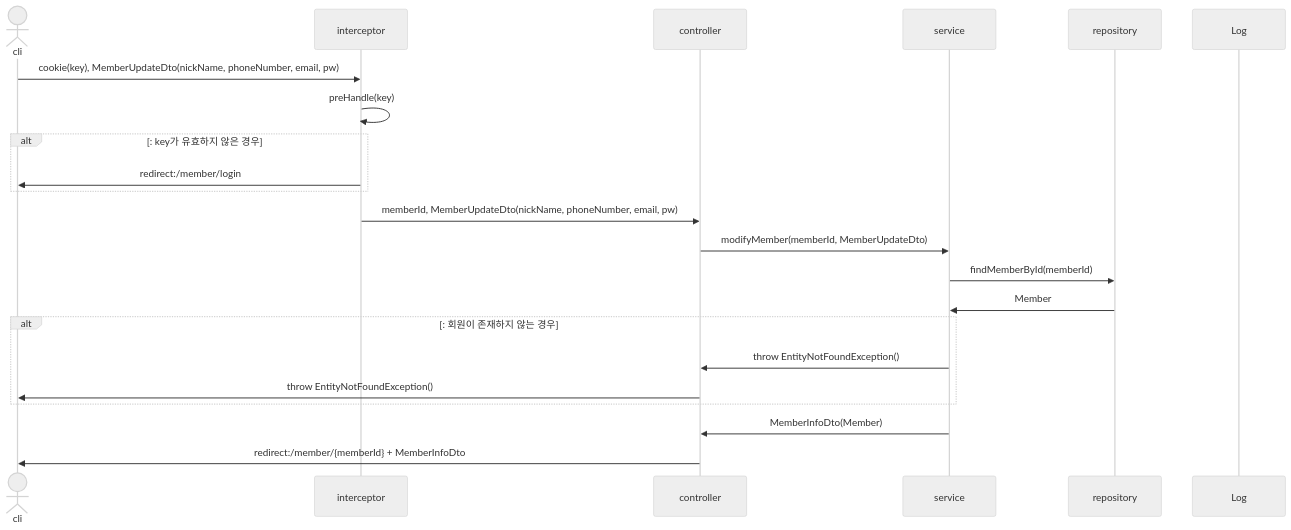
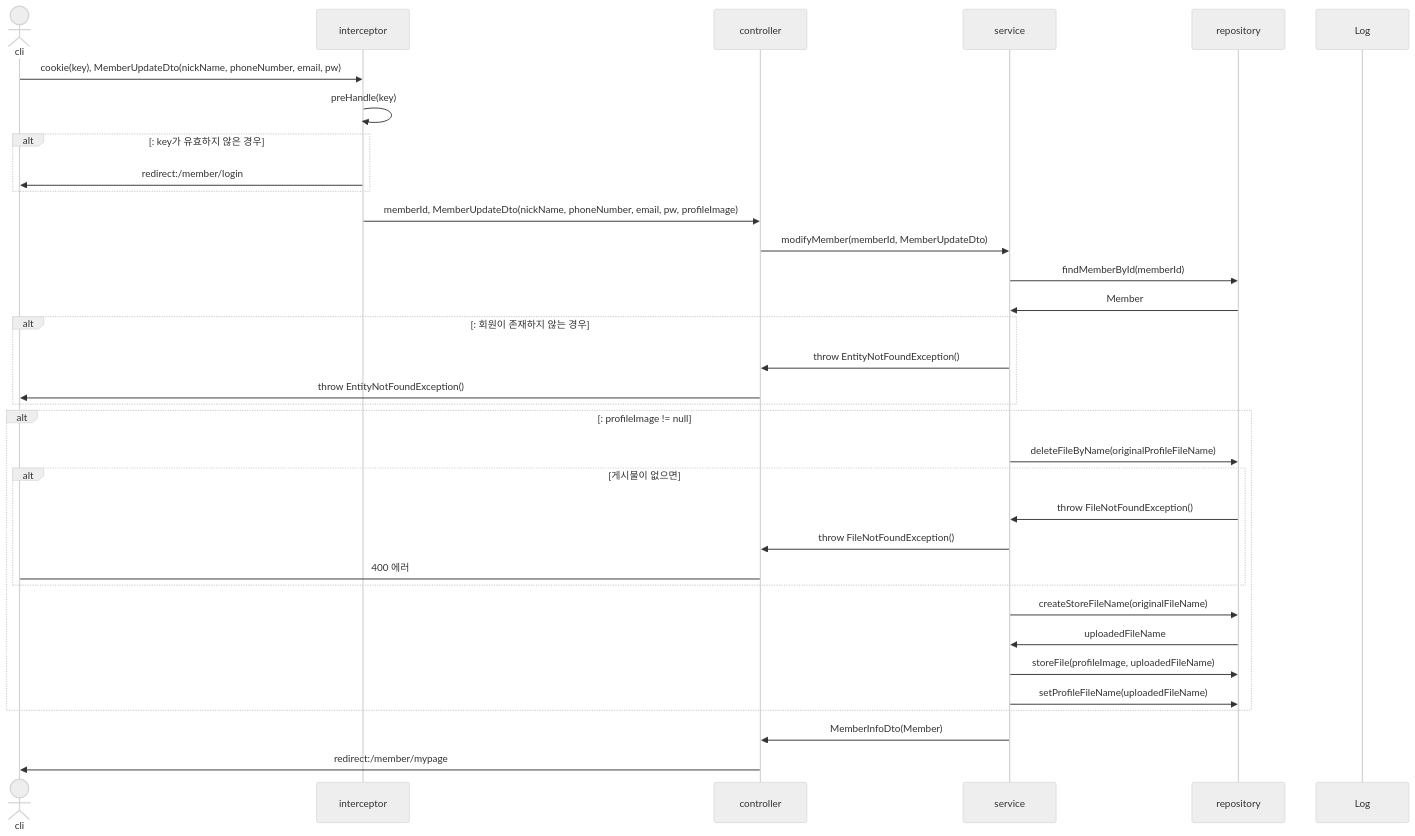
Diagram 14 of 36 in sequence.md (mtak0235/snsX), drawn with Mermaid (neutral theme) before and after one commit. The commit also changed 12 other files, not shown here.

````diff
--- a/sequence.md
+++ b/sequence.md
@@ -362,25 +362,37 @@
 ```mermaid
 sequenceDiagram
 actor cli
 participant i as interceptor
 participant c as controller
 participant s as service
 participant r as repository
 participant l as Log
 
 cli->>i: cookie(key), MemberUpdateDto(nickName, phoneNumber, email, pw)
 i->>i: preHandle(key)
 alt: key가 유효하지 않은 경우
 i->>cli: redirect:/member/login
 end
-i->>c: memberId, MemberUpdateDto(nickName, phoneNumber, email, pw)
+i->>c: memberId, MemberUpdateDto(nickName, phoneNumber, email, pw, profileImage)
 c->>s: modifyMember(memberId, MemberUpdateDto)
 s->>r: findMemberById(memberId)
 r->>s: Member
 alt: 회원이 존재하지 않는 경우
 s->>c: throw EntityNotFoundException()
 c->>cli: throw EntityNotFoundException()
 end
+alt: profileImage != null
+s->>r:deleteFileByName(originalProfileFileName)
+ alt 게시물이 없으면
+r->>s: throw FileNotFoundException()
+s->>c: throw FileNotFoundException()
+c->cli: 400 에러
+end
+s->>r: createStoreFileName(originalFileName)
+r->>s: uploadedFileName
+s->>r:storeFile(profileImage, uploadedFileName)
+s->>r: setProfileFileName(uploadedFileName)
+end 
 s->>c: MemberInfoDto(Member)
-c->>cli: redirect:/member/{memberId} + MemberInfoDto
+c->>cli: redirect:/member/mypage
 ```
````
